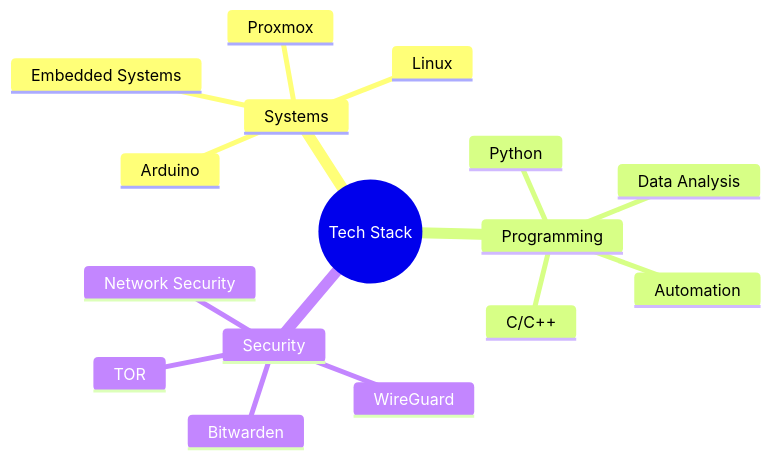
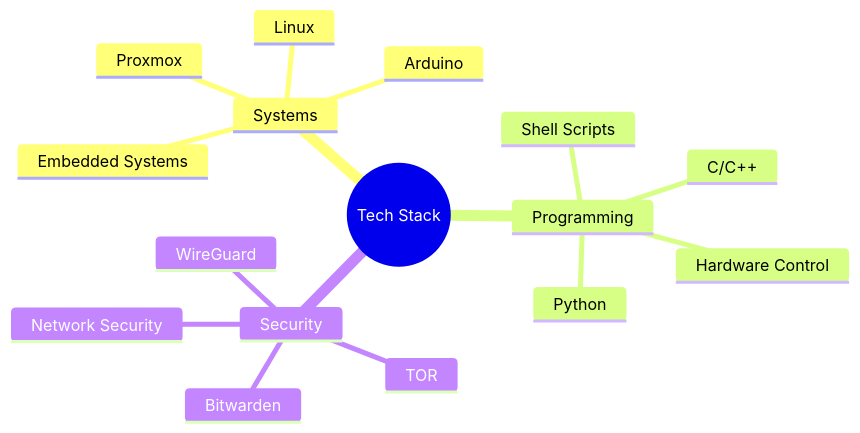
One commit to vetronics/vetronics changed the diagram in README.md. Above: the diagram before and after it, drawn with Mermaid. The commit also changed other lines of this file, not shown here.

````diff
--- a/README.md
+++ b/README.md
@@ -35,19 +14,19 @@
 ```mermaid
 mindmap
   root((Tech Stack))
     Systems
       Linux
       Proxmox
       Arduino
       Embedded Systems
     Programming
       C/C++
       Python
-      Automation
-      Data Analysis
+      Shell Scripts
+      Hardware Control
     Security
       WireGuard
       TOR
       Bitwarden
       Network Security
 ```
````
